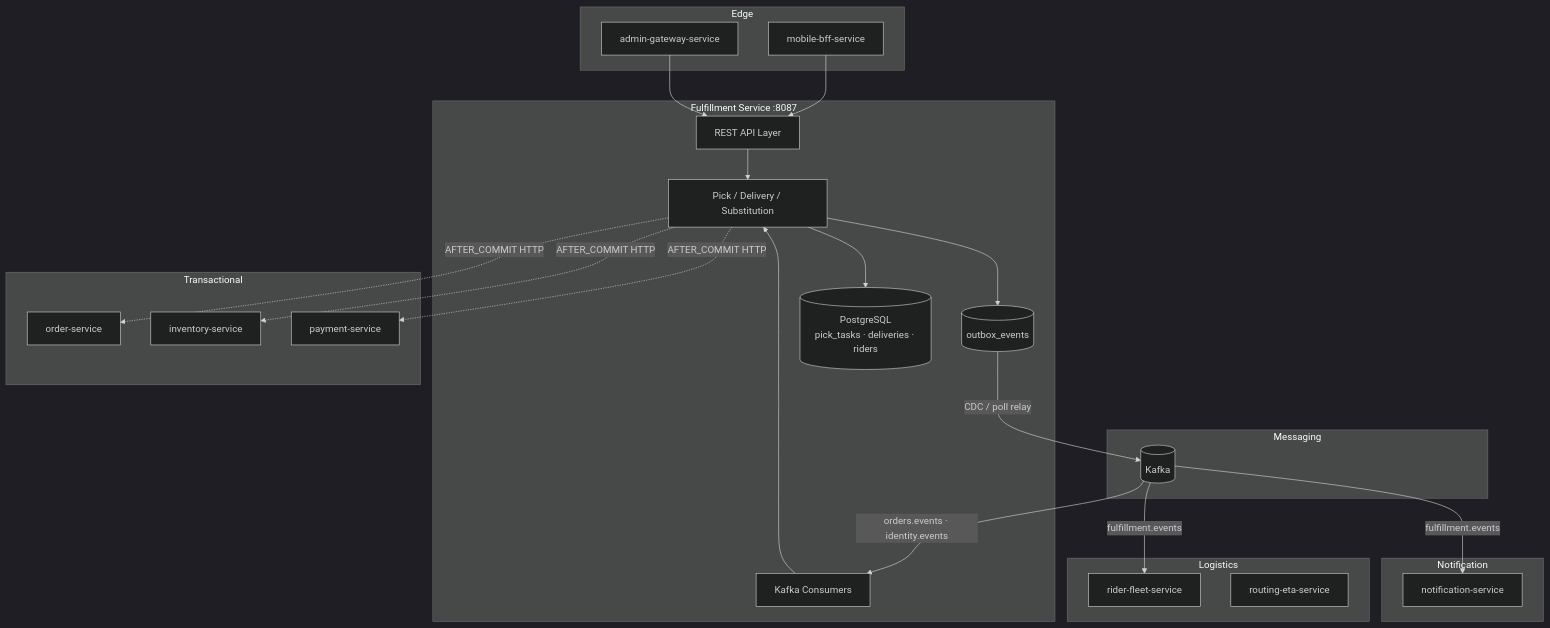
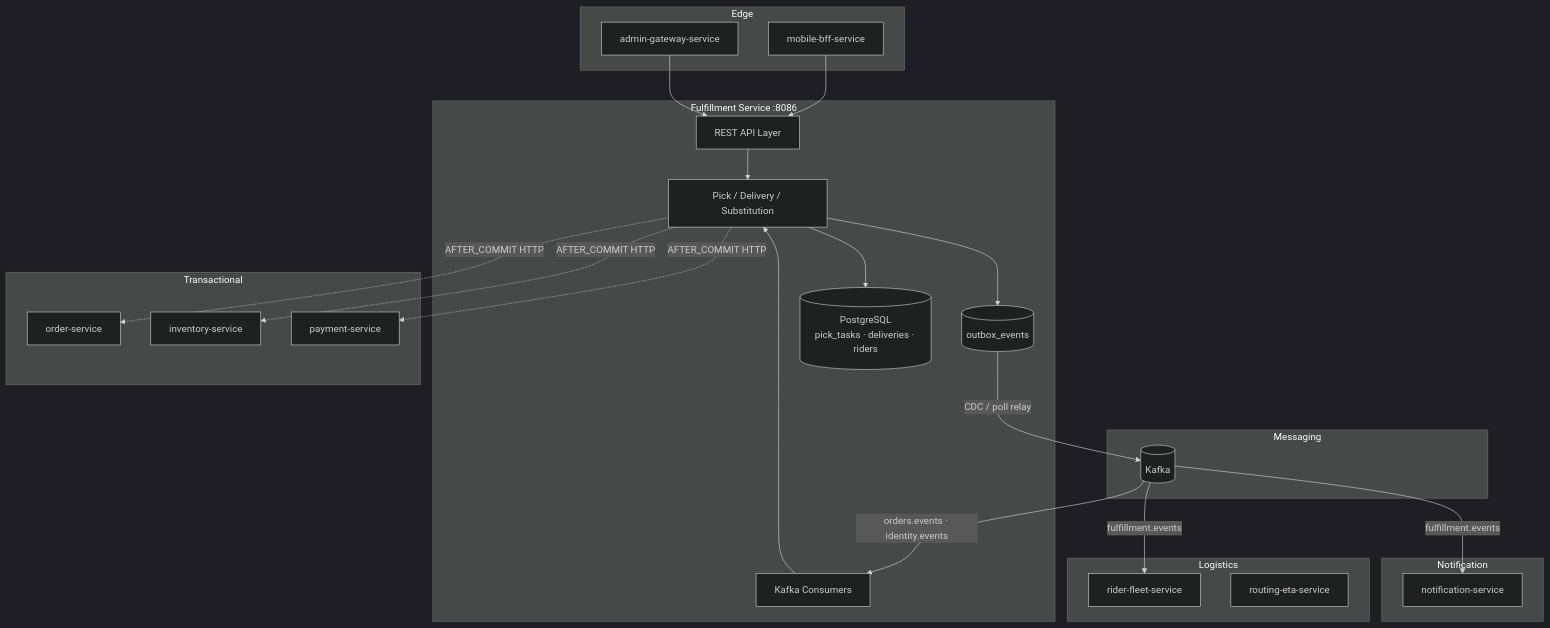
One commit to sunitakeazycommerz-a11y/InstaCommerce changed the first of 9 diagrams in services/fulfillment-service/README.md. Above: the diagram before and after it, drawn with Mermaid (dark theme). The commit also changed other lines of this file and 33 other files, not shown here.

````diff
--- a/services/fulfillment-service/README.md
+++ b/services/fulfillment-service/README.md
@@ -68,48 +68,48 @@
 ```mermaid
 flowchart TB
     subgraph Edge
         BFF[mobile-bff-service]
         AG[admin-gateway-service]
     end
 
     subgraph Messaging
         K[(Kafka)]
     end
 
-    subgraph "Fulfillment Service :8087"
+    subgraph "Fulfillment Service :8086"
         FS_API[REST API Layer]
         FS_CONSUMER[Kafka Consumers]
         FS_CORE[Pick / Delivery / Substitution]
         FS_OUTBOX[(outbox_events)]
         FS_DB[(PostgreSQL<br/>pick_tasks · deliveries · riders)]
     end
 
     subgraph Transactional
         OS[order-service]
         INV[inventory-service]
         PAY[payment-service]
     end
 
     subgraph Logistics
         RFS[rider-fleet-service]
         RES[routing-eta-service]
     end
 
     subgraph Notification
         NS[notification-service]
     end
 
     BFF --> FS_API
     AG --> FS_API
     K -->|orders.events · identity.events| FS_CONSUMER
     FS_CONSUMER --> FS_CORE
     FS_API --> FS_CORE
     FS_CORE --> FS_DB
     FS_CORE --> FS_OUTBOX
     FS_OUTBOX -->|CDC / poll relay| K
     K -->|fulfillment.events| RFS
     K -->|fulfillment.events| NS
     FS_CORE -.->|AFTER_COMMIT HTTP| OS
     FS_CORE -.->|AFTER_COMMIT HTTP| INV
     FS_CORE -.->|AFTER_COMMIT HTTP| PAY
 ```
````
